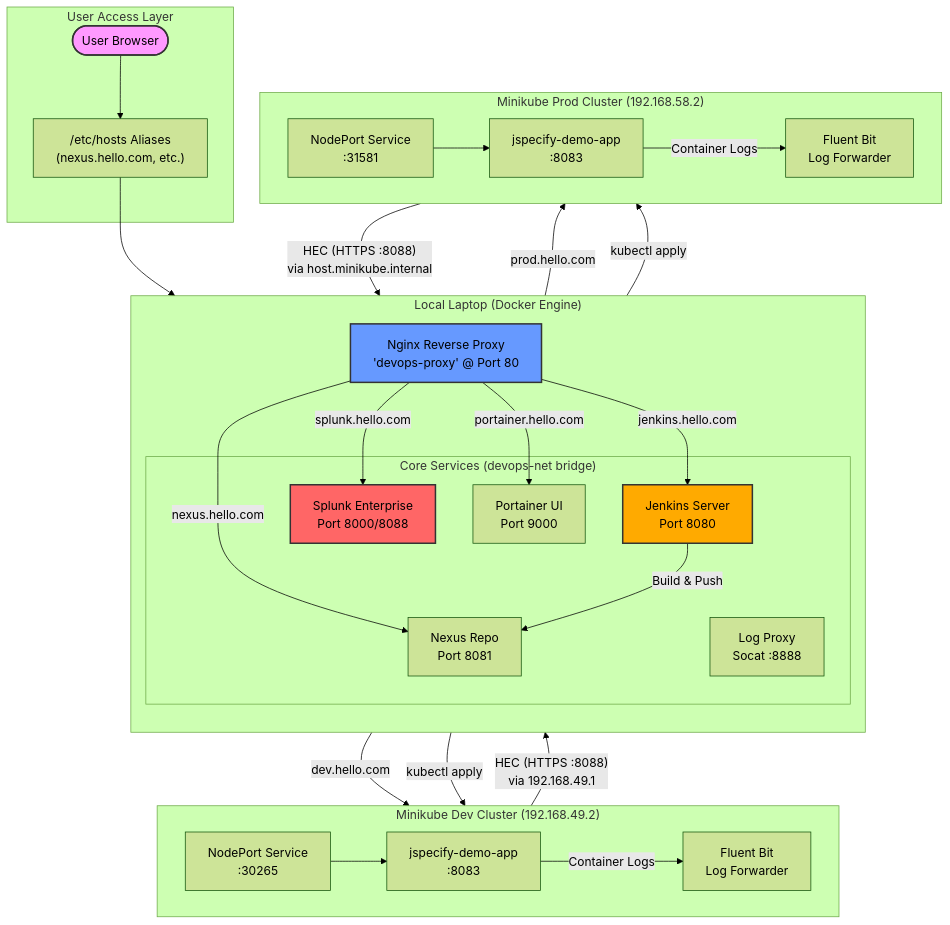
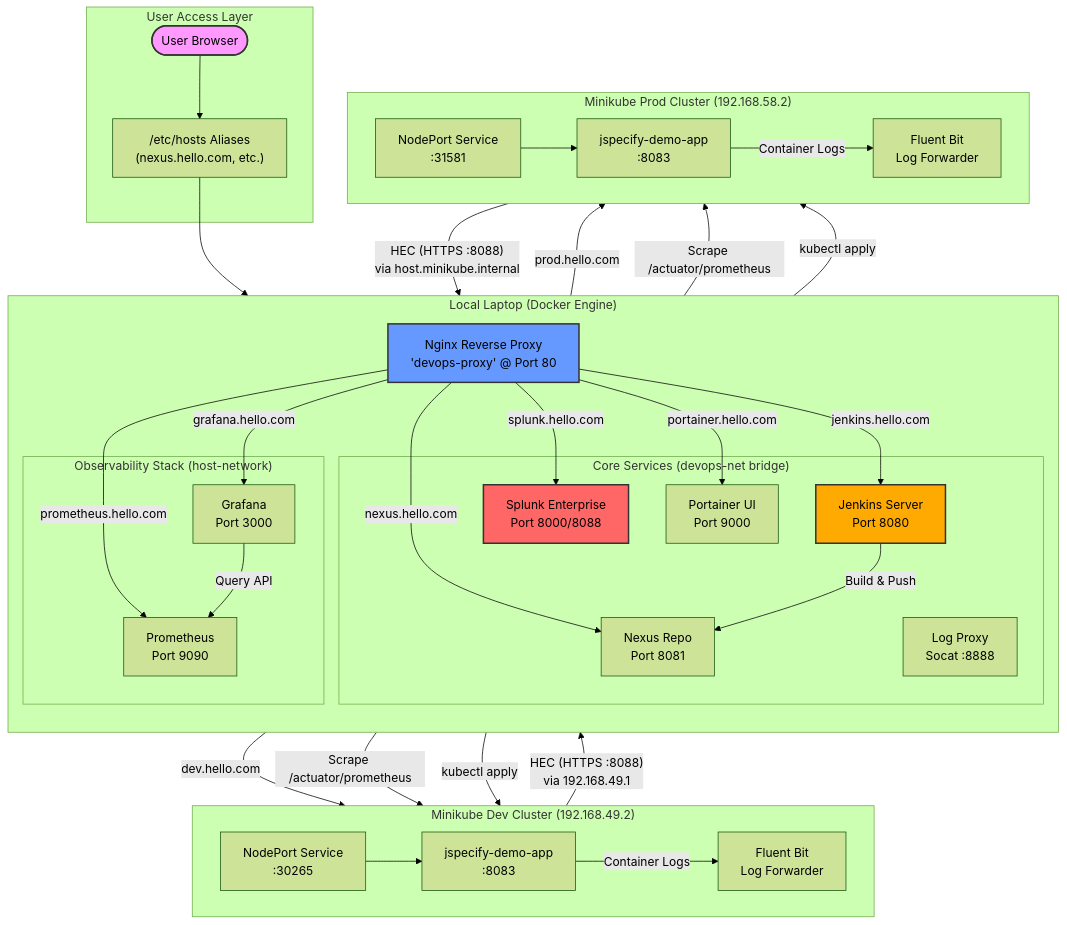
The diagram in infra/README_INFRA.md (utishrajk/jspecify-nullaway-demo-maven), drawn with Mermaid (forest theme) before and after one commit. The commit also changed 1 other file, not shown here.

Commit message:
complete infrastructure documentation with observability and flow diagrams

````diff
--- a/infra/README_INFRA.md
+++ b/infra/README_INFRA.md
@@ -5,64 +5,76 @@
 ```mermaid
 flowchart TB
     subgraph UserSpace ["User Access Layer"]
         User([User Browser])
         Hosts["/etc/hosts Aliases<br/>(nexus.hello.com, etc.)"]
     end
 
     subgraph Host ["Local Laptop (Docker Engine)"]
         direction TB
         Proxy[Nginx Reverse Proxy<br/>'devops-proxy' @ Port 80]
         
         subgraph DevOpsTools ["Core Services (devops-net bridge)"]
             Jenkins[Jenkins Server<br/>Port 8080]
             Nexus[Nexus Repo<br/>Port 8081]
             Splunk[Splunk Enterprise<br/>Port 8000/8088]
             Portainer[Portainer UI<br/>Port 9000]
             Socat[Log Proxy<br/>Socat :8888]
+        end
+
+        subgraph Observability ["Observability Stack (host-network)"]
+            Prom[Prometheus<br/>Port 9090]
+            Grafana[Grafana<br/>Port 3000]
         end
     end
 
     subgraph K8sDev ["Minikube Dev Cluster (192.168.49.2)"]
         direction LR
         DevApp[jspecify-demo-app<br/>:8083]
         DevSvc[NodePort Service<br/>:30265]
         DevFB[Fluent Bit<br/>Log Forwarder]
     end
 
     subgraph K8sProd ["Minikube Prod Cluster (192.168.58.2)"]
         direction LR
         ProdApp[jspecify-demo-app<br/>:8083]
         ProdSvc[NodePort Service<br/>:31581]
         ProdFB[Fluent Bit<br/>Log Forwarder]
     end
 
     %% Routing Flow
     User --> Hosts
     Hosts --> Proxy
     Proxy -- "nexus.hello.com" --> Nexus
     Proxy -- "jenkins.hello.com" --> Jenkins
     Proxy -- "splunk.hello.com" --> Splunk
     Proxy -- "portainer.hello.com" --> Portainer
     Proxy -- "dev.hello.com" --> DevSvc
     Proxy -- "prod.hello.com" --> ProdSvc
+    Proxy -- "prometheus.hello.com" --> Prom
+    Proxy -- "grafana.hello.com" --> Grafana
 
     %% Service -> Target Flow
     DevSvc --> DevApp
     ProdSvc --> ProdApp
+
+    %% Metrics Flow
+    Prom -- "Scrape /actuator/prometheus" --> DevSvc
+    Prom -- "Scrape /actuator/prometheus" --> ProdSvc
+    Grafana -- "Query API" --> Prom
 
     %% Log Forwarding Flow
     DevApp -- "Container Logs" --> DevFB
     ProdApp -- "Container Logs" --> ProdFB
     DevFB -- "HEC (HTTPS :8088)<br/>via 192.168.49.1" --> Splunk
     ProdFB -- "HEC (HTTPS :8088)<br/>via host.minikube.internal" --> Splunk
 
     %% Jenkins Automation
     Jenkins -- "Build & Push" --> Nexus
     Jenkins -- "kubectl apply" --> K8sDev
     Jenkins -- "kubectl apply" --> K8sProd
 
     style User fill:#f9f,stroke:#333,stroke-width:2px
     style Proxy fill:#69f,stroke:#333,stroke-width:2px
     style Splunk fill:#f66,stroke:#333,stroke-width:2px
     style Jenkins fill:#fa0,stroke:#333,stroke-width:2px
 ```
````
